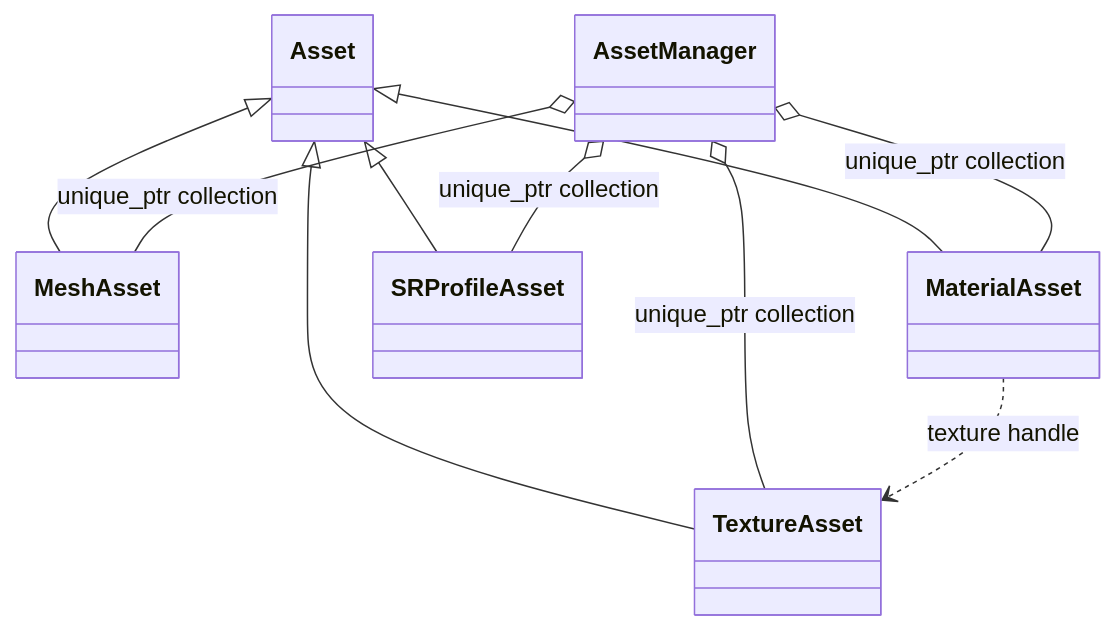
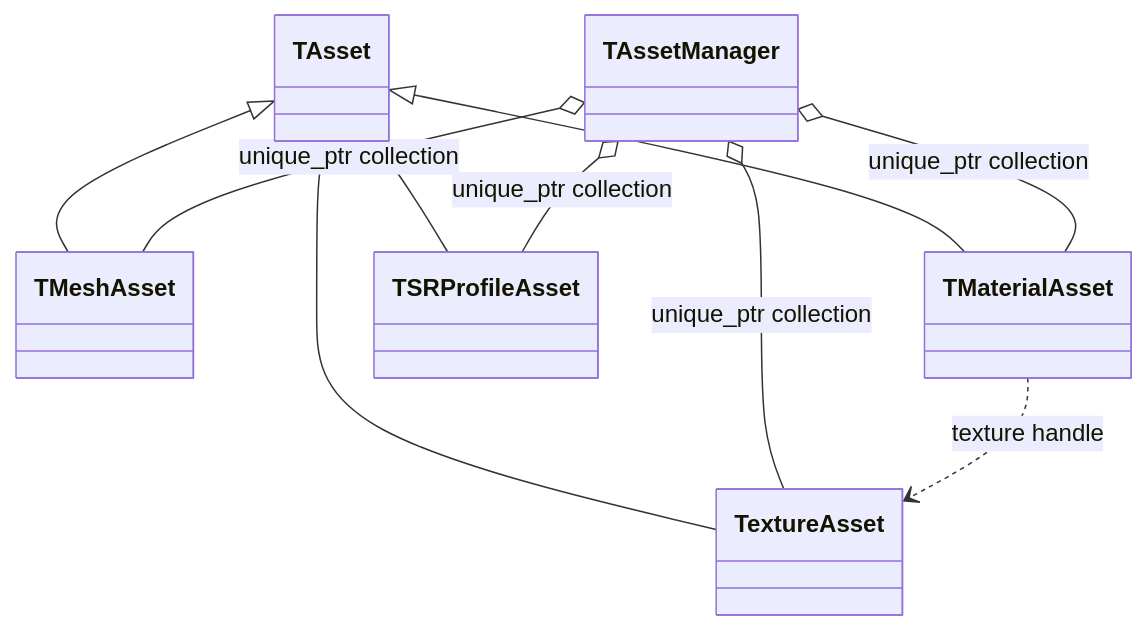
Before and after one commit to Yonaim/Material-Dependent-Surface-State-Engine: the second of 4 diagrams in Docs/MDSSP-Vault/05_Development/Code-Structure/0001_Asset-and-Surface-Data-Flow.md, drawn with Mermaid. The commit also changed other lines of this file and 120 other files, not shown here.

````diff
--- a/Docs/MDSSP-Vault/05_Development/Code-Structure/0001_Asset-and-Surface-Data-Flow.md
+++ b/Docs/MDSSP-Vault/05_Development/Code-Structure/0001_Asset-and-Surface-Data-Flow.md
@@ -117,18 +117,18 @@
 ```mermaid
 classDiagram
-  class Asset
-  class AssetManager
-  class MeshAsset
-  class MaterialAsset
+  class TAsset
+  class TAssetManager
+  class TMeshAsset
+  class TMaterialAsset
   class TextureAsset
-  class SRProfileAsset
-  Asset <|-- MeshAsset
-  Asset <|-- MaterialAsset
-  Asset <|-- TextureAsset
-  Asset <|-- SRProfileAsset
-  AssetManager o-- MeshAsset : unique_ptr collection
-  AssetManager o-- MaterialAsset : unique_ptr collection
-  AssetManager o-- TextureAsset : unique_ptr collection
-  AssetManager o-- SRProfileAsset : unique_ptr collection
-  MaterialAsset ..> TextureAsset : texture handle
+  class TSRProfileAsset
+  TAsset <|-- TMeshAsset
+  TAsset <|-- TMaterialAsset
+  TAsset <|-- TextureAsset
+  TAsset <|-- TSRProfileAsset
+  TAssetManager o-- TMeshAsset : unique_ptr collection
+  TAssetManager o-- TMaterialAsset : unique_ptr collection
+  TAssetManager o-- TextureAsset : unique_ptr collection
+  TAssetManager o-- TSRProfileAsset : unique_ptr collection
+  TMaterialAsset ..> TextureAsset : texture handle
 ```
````
